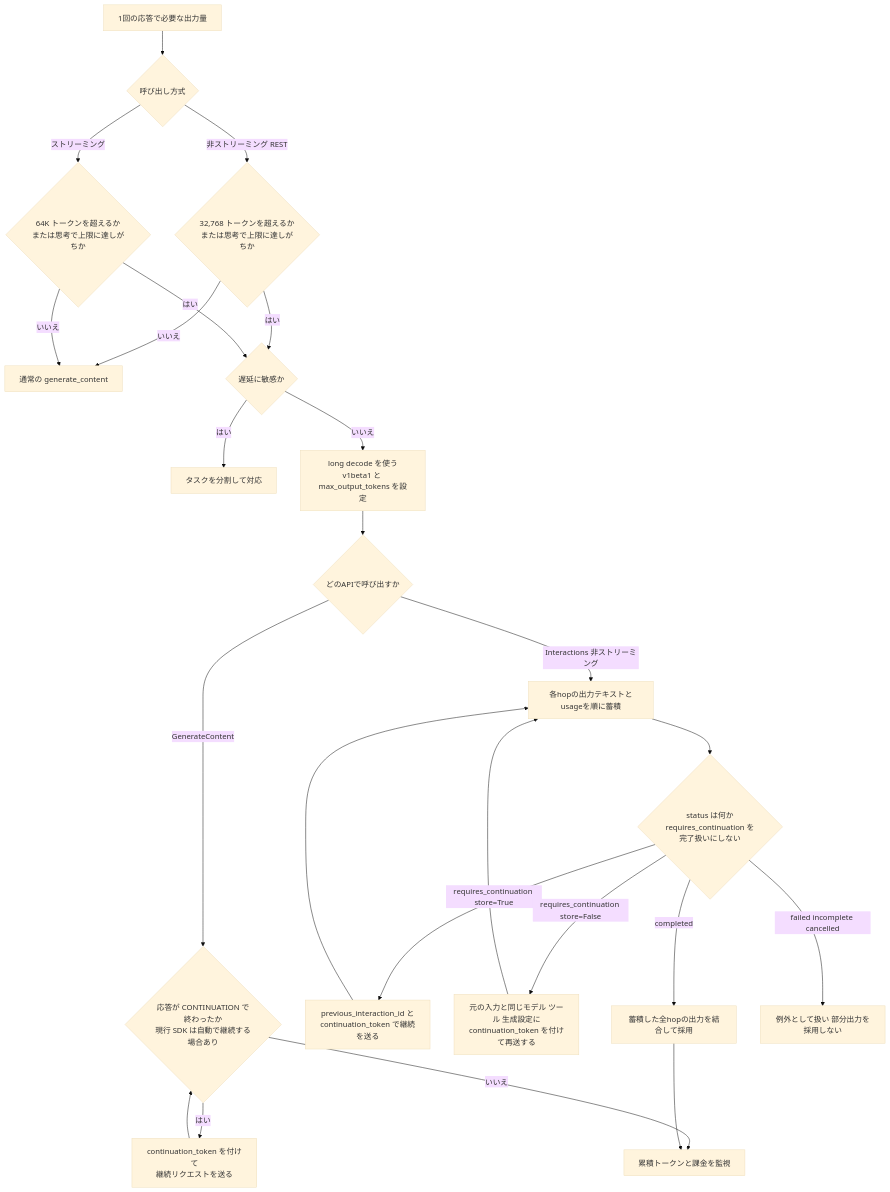
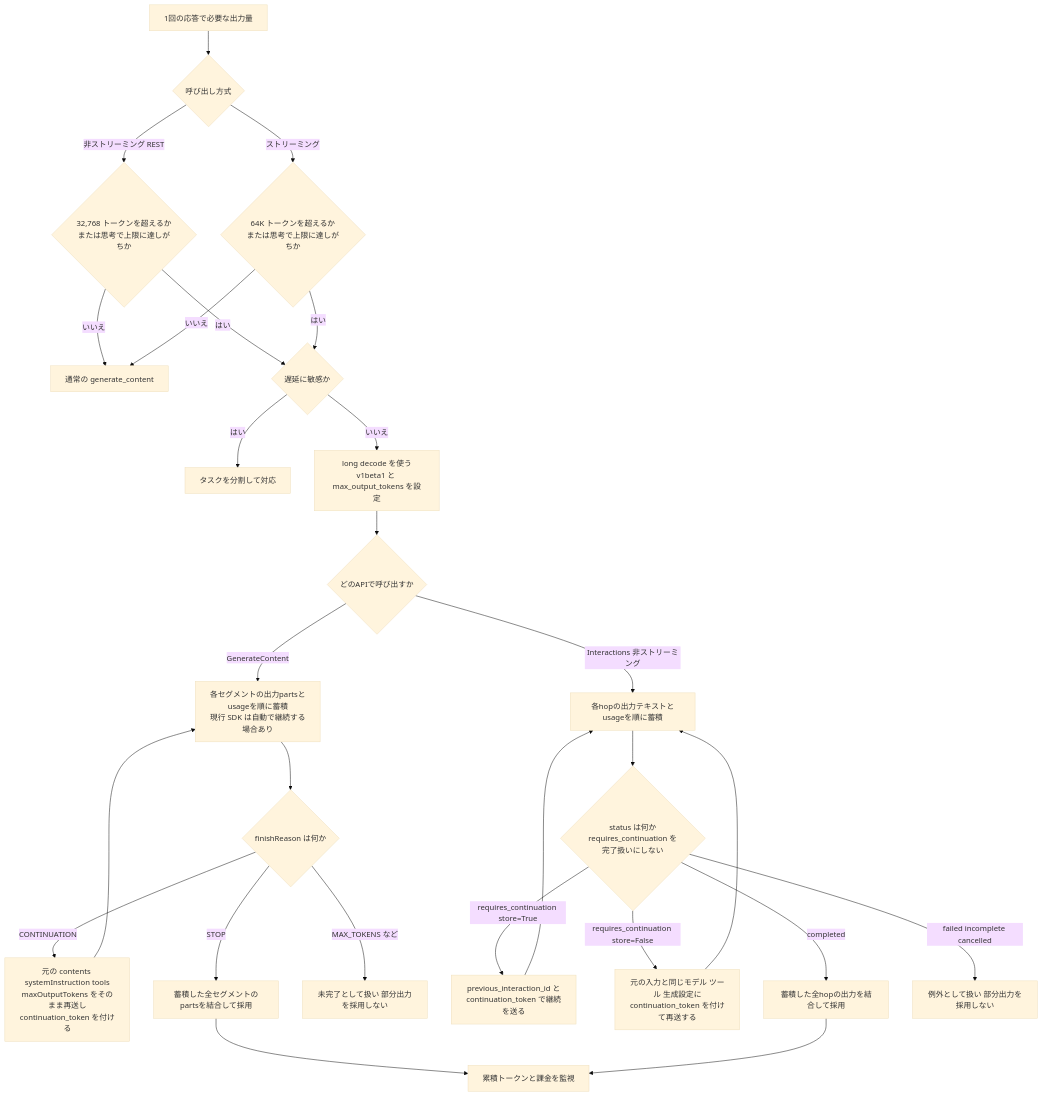
The fifth of 9 diagrams in Gemini-4-carbon-guide.md (myoshi2891/Comparison-of-LLMs), drawn with Mermaid (base theme) before and after one commit. The commit also changed other lines of this file and 3 other files, not shown here.

Commit message:
docs(google): refine long decode flows, heartbeat timeout, and tool validation across Gemini guides

````diff
--- a/Gemini-4-carbon-guide.md
+++ b/Gemini-4-carbon-guide.md
@@ -339,26 +339,29 @@
 ```mermaid
 flowchart TD
     A["1回の応答で必要な出力量"] --> M{"呼び出し方式"}
     M -- "ストリーミング" --> B{"64K トークンを超えるか<br/>または思考で上限に達しがちか"}
     M -- "非ストリーミング REST" --> NB{"32,768 トークンを超えるか<br/>または思考で上限に達しがちか"}
     NB -- "いいえ" --> C
     NB -- "はい" --> D
     B -- "いいえ" --> C["通常の generate_content"]
     B -- "はい" --> D{"遅延に敏感か"}
     D -- "はい" --> E["タスクを分割して対応"]
     D -- "いいえ" --> F["long decode を使う<br/>v1beta1 と max_output_tokens を設定"]
     F --> API{"どのAPIで呼び出すか"}
-    API -- "GenerateContent" --> CONT{"応答が CONTINUATION で終わったか<br/>現行 SDK は自動で継続する場合あり"}
-    CONT -- "はい" --> NEXT["continuation_token を付けて<br/>継続リクエストを送る"]
-    NEXT --> CONT
-    CONT -- "いいえ" --> G["累積トークンと課金を監視"]
+    API -- "GenerateContent" --> GACC["各セグメントの出力partsとusageを順に蓄積<br/>現行 SDK は自動で継続する場合あり"]
+    GACC --> CONT{"finishReason は何か"}
+    CONT -- "CONTINUATION" --> NEXT["元の contents systemInstruction tools<br/>maxOutputTokens をそのまま再送し<br/>continuation_token を付ける"]
+    NEXT --> GACC
+    CONT -- "STOP" --> GJOIN["蓄積した全セグメントのpartsを結合して採用"]
+    GJOIN --> G["累積トークンと課金を監視"]
+    CONT -- "MAX_TOKENS など" --> GERR["未完了として扱い 部分出力を採用しない"]
     API -- "Interactions 非ストリーミング" --> ACC["各hopの出力テキストとusageを順に蓄積"]
     ACC --> IST{"status は何か<br/>requires_continuation を完了扱いにしない"}
     IST -- "requires_continuation store=True" --> ISS["previous_interaction_id と<br/>continuation_token で継続を送る"]
     IST -- "requires_continuation store=False" --> ISL["元の入力と同じモデル ツール 生成設定に<br/>continuation_token を付けて再送する"]
     ISS --> ACC
     ISL --> ACC
     IST -- "completed" --> JOIN["蓄積した全hopの出力を結合して採用"]
     JOIN --> G
     IST -- "failed incomplete cancelled" --> ERR["例外として扱い 部分出力を採用しない"]
 ```
````
